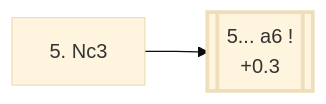
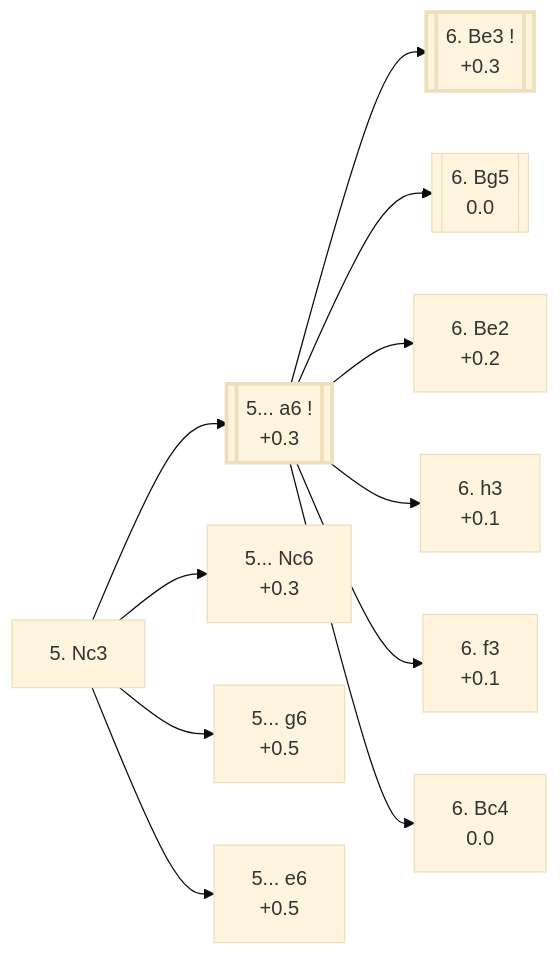
The diagram in e4_openings/B50_Sicilian_d6_Open.md (onclemarcel/chess_flashcards), drawn with Mermaid (base theme) before and after one commit. The commit also changed other lines of this file and 11 other files, not shown here.

````diff
--- a/e4_openings/B50_Sicilian_d6_Open.md
+++ b/e4_openings/B50_Sicilian_d6_Open.md
@@ -12,10 +12,29 @@
 ```mermaid
 flowchart LR
     classDef main stroke-width:3px;
 
     Nc3["5. Nc3"]
     click Nc3 "#_initial_move_" "B50 · Sicilian Defense, Open"
 
     Nc3 --> a6[["5... a6 !<br/>+0.3"]]:::main
     click a6 "#_a6_" "B90 · Sicilian Defense: Najdorf Variation"
+    Nc3 --> Nc6n["5... Nc6<br/>+0.3"]
+    click Nc6n "#_Nc6_" "B56 · Sicilian Defense: Classical Variation"
+    Nc3 --> g6n["5... g6<br/>+0.5"]
+    click g6n "#_g6_" "B70 · Sicilian Defense: Dragon Variation"
+    Nc3 --> e6n["5... e6<br/>+0.5"]
+    click e6n "#_e6_" "B80 · Sicilian Defense: Scheveningen Variation"
+
+    a6 --> Be3[["6. Be3 !<br/>+0.3"]]:::main
+    click Be3 "#_Be3_" "B90 · Sicilian Defense: Najdorf Variation, English Attack"
+    a6 --> Bg5[["6. Bg5<br/>0.0"]]
+    click Bg5 "#_Bg5_" "B94 · Sicilian Defense: Najdorf Variation"
+    a6 --> Be2["6. Be2<br/>+0.2"]
+    click Be2 "#_Be2_" "B92 · Sicilian Defense: Najdorf Variation, Opocensky Variation"
+    a6 --> h3n["6. h3<br/>+0.1"]
+    click h3n "#_h3_" "B90 · Sicilian Defense: Najdorf Variation, Adams Attack"
+    a6 --> f3n["6. f3<br/>+0.1"]
+    click f3n "#_f3_" "B90 · Sicilian Defense: Najdorf Variation"
+    a6 --> Bc4n["6. Bc4<br/>0.0"]
+    click Bc4n "#_Bc4_" "B90 · Sicilian Defense: Najdorf Variation, Lipnitsky Attack"
 ```
````
